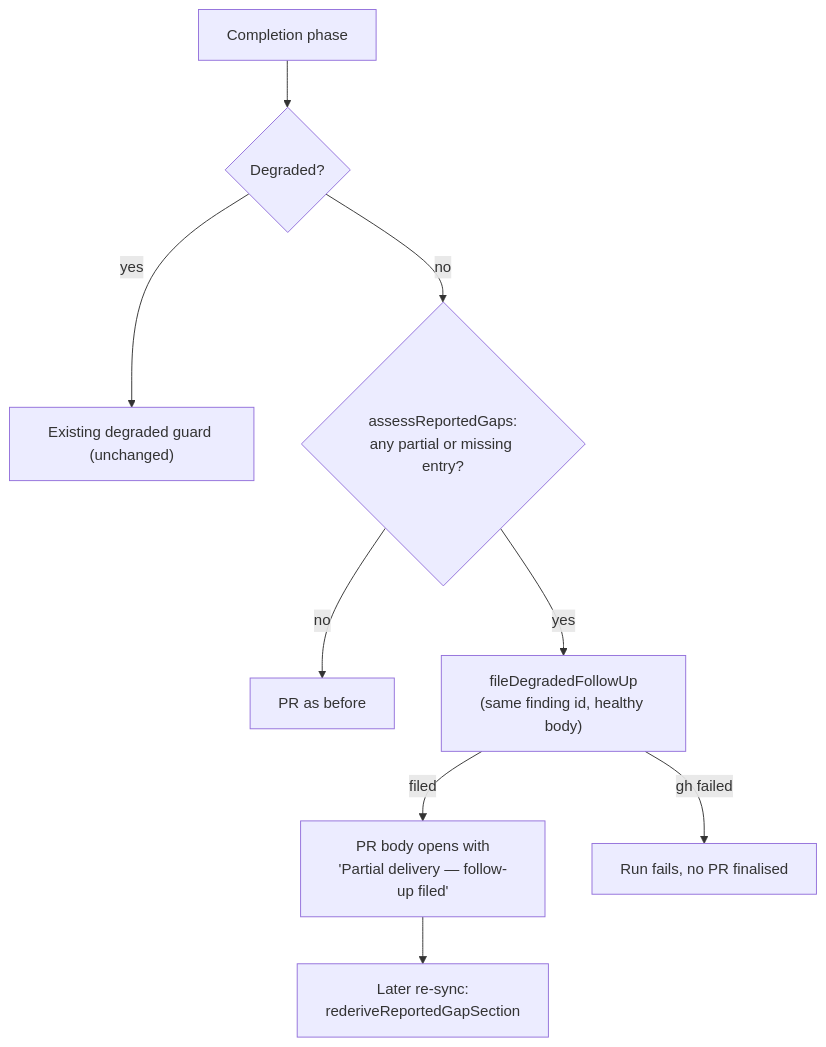
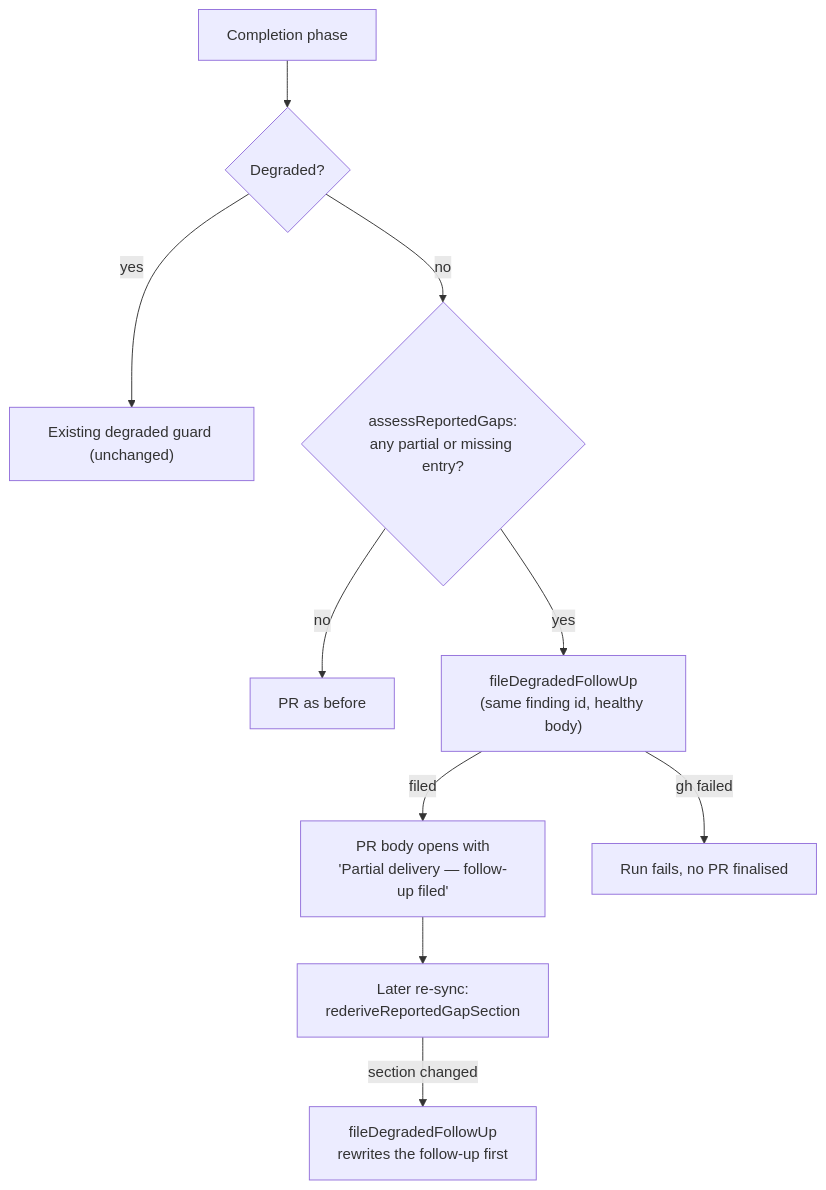
The diagram in docs/archive/pr-summaries/pr-summary-3506.md (stSoftwareAU/VibeCoder), drawn with Mermaid before and after one commit. The commit also changed other lines of this file and 4 other files, not shown here.

````diff
--- a/docs/archive/pr-summaries/pr-summary-3506.md
+++ b/docs/archive/pr-summaries/pr-summary-3506.md
@@ -54,11 +54,12 @@
 ```mermaid
 flowchart TD
     R["Completion phase"] --> D{"Degraded?"}
     D -- yes --> G["Existing degraded guard (unchanged)"]
     D -- no --> H{"assessReportedGaps:<br/>any partial or missing entry?"}
     H -- no --> P["PR as before"]
     H -- yes --> F["fileDegradedFollowUp<br/>(same finding id, healthy body)"]
     F -- filed --> S["PR body opens with<br/>'Partial delivery — follow-up filed'"]
     F -- "gh failed" --> X["Run fails, no PR finalised"]
     S --> Y["Later re-sync:<br/>rederiveReportedGapSection"]
+    Y -- "section changed" --> U["fileDegradedFollowUp<br/>rewrites the follow-up first"]
 ```
````
